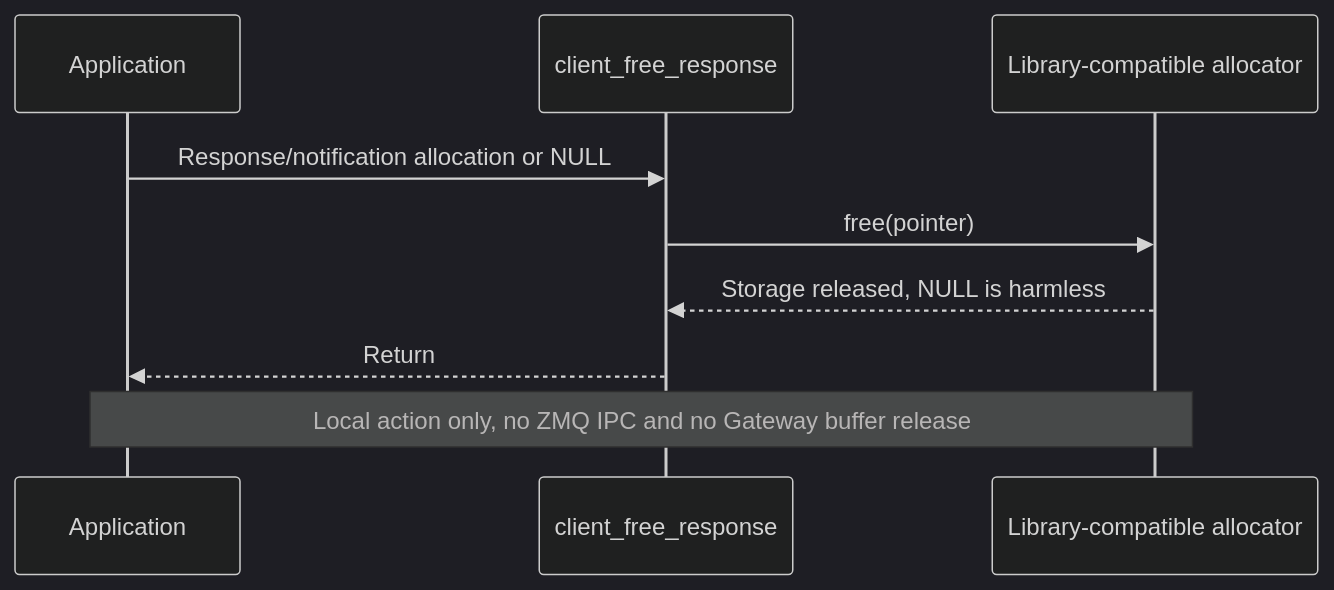
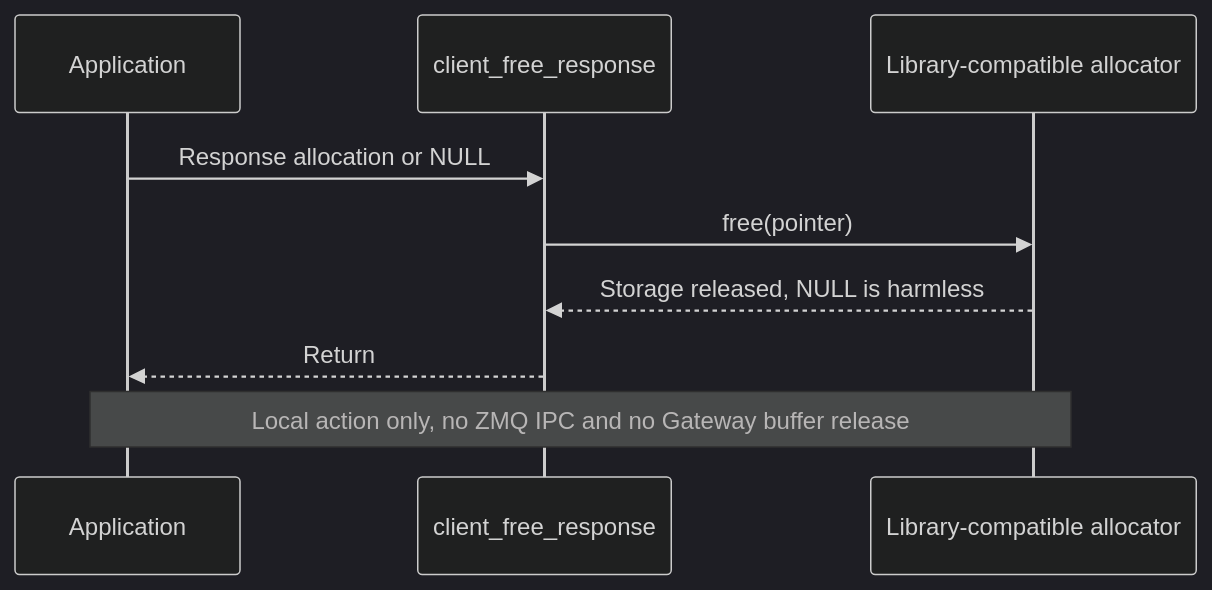
Before and after one commit to rdkcentral/eyil-secure-gateway: diagram 11 of 29 in doc/EyilSecureGateway.md, drawn with Mermaid (dark theme). The commit also changed other lines of this file, not shown here.

````diff
--- a/doc/EyilSecureGateway.md
+++ b/doc/EyilSecureGateway.md
@@ -1527,11 +1568,11 @@
 ```mermaid
 sequenceDiagram
     participant A as Application
     participant API as client_free_response
     participant M as Library-compatible allocator
-    A->>API: Response/notification allocation or NULL
+    A->>API: Response allocation or NULL
     API->>M: free(pointer)
     M-->>API: Storage released, NULL is harmless
     API-->>A: Return
     Note over A,M: Local action only, no ZMQ IPC and no Gateway buffer release
 ```
````
